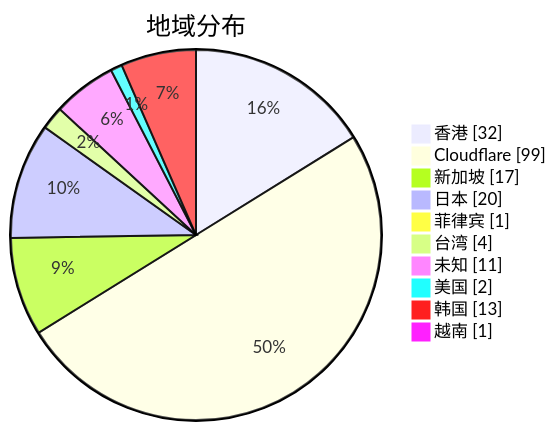
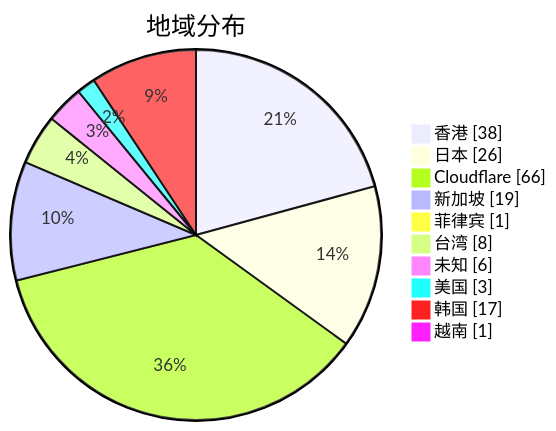
Before and after one commit to qjlxg/airport: the second of 3 diagrams in subs/statistics/tested_within.md, drawn with Mermaid. The commit also changed other lines of this file and 2 other files, not shown here.

````diff
--- a/subs/statistics/tested_within.md
+++ b/subs/statistics/tested_within.md
@@ -12,14 +12,14 @@
 ```mermaid
 pie showData
 title 地域分布
-"香港" : 32
-"Cloudflare" : 99
-"新加坡" : 17
-"日本" : 20
+"香港" : 38
+"日本" : 26
+"Cloudflare" : 66
+"新加坡" : 19
 "菲律宾" : 1
-"台湾" : 4
-"未知" : 11
-"美国" : 2
-"韩国" : 13
+"台湾" : 8
+"未知" : 6
+"美国" : 3
+"韩国" : 17
 "越南" : 1
 ```
````
